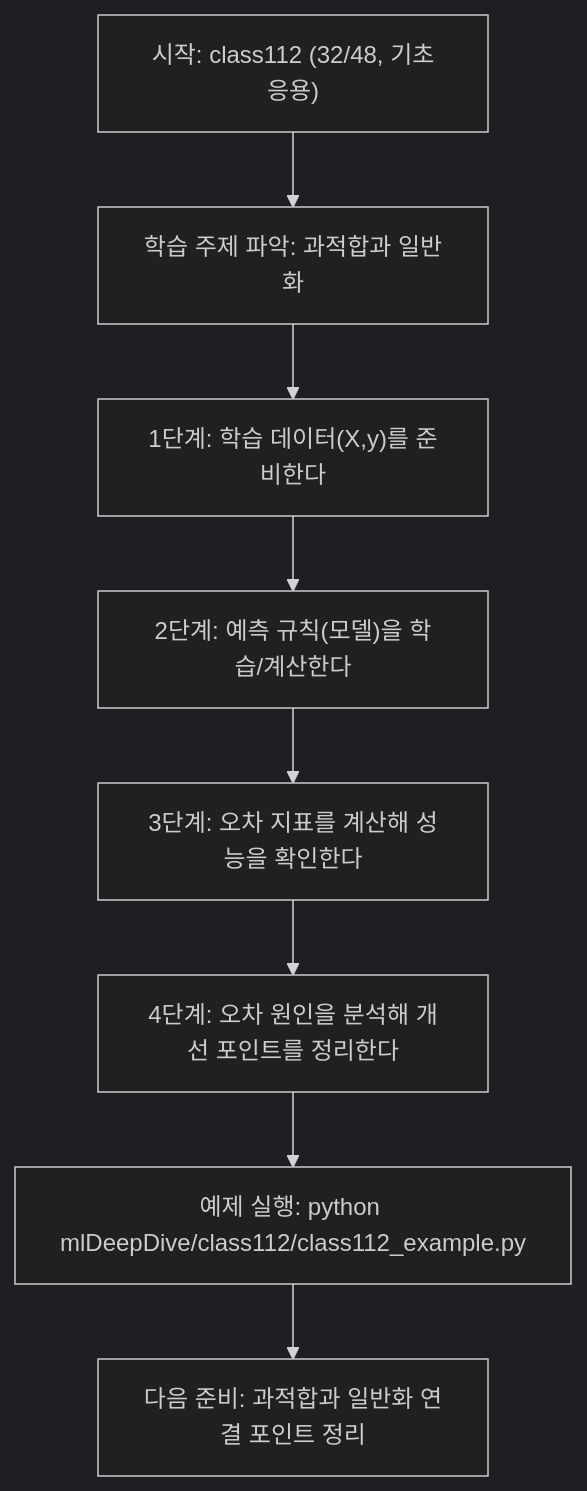
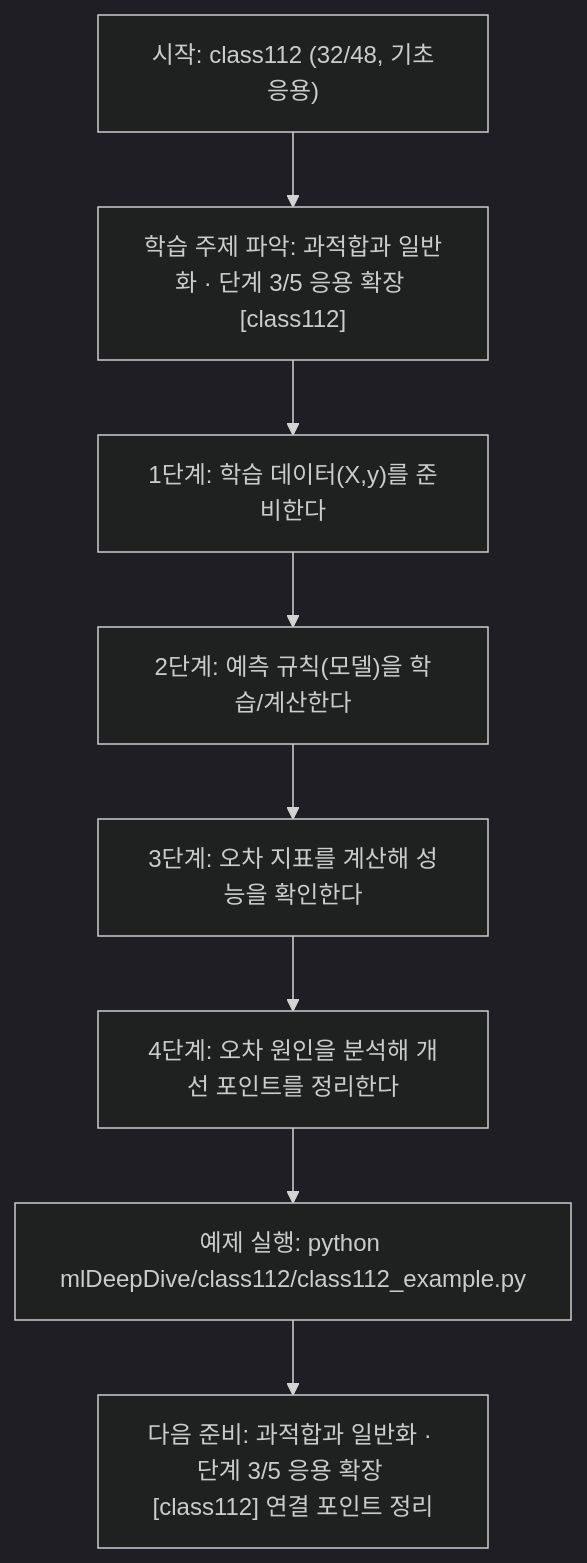
One commit to edumgt/Python-AI_Agent-Class changed the diagram in mlDeepDive/class112/class112.md. Above: the diagram before and after it, drawn with Mermaid (dark theme). The commit also changed other lines of this file and 522 other files, not shown here.

````diff
--- a/mlDeepDive/class112/class112.md
+++ b/mlDeepDive/class112/class112.md
@@ -108,18 +109,18 @@
 ```mermaid
 flowchart TD
 N1["시작: class112 (32/48, 기초응용)"]
-N2["학습 주제 파악: 과적합과 일반화"]
+N2["학습 주제 파악: 과적합과 일반화 · 단계 3/5 응용 확장 [class112]"]
 N3["1단계: 학습 데이터(X,y)를 준비한다"]
 N4["2단계: 예측 규칙(모델)을 학습/계산한다"]
 N5["3단계: 오차 지표를 계산해 성능을 확인한다"]
 N6["4단계: 오차 원인을 분석해 개선 포인트를 정리한다"]
 N7["예제 실행: python mlDeepDive/class112/class112_example.py"]
-N8["다음 준비: 과적합과 일반화 연결 포인트 정리"]
+N8["다음 준비: 과적합과 일반화 · 단계 3/5 응용 확장 [class112] 연결 포인트 정리"]
 N1 --> N2
 N2 --> N3
 N3 --> N4
 N4 --> N5
 N5 --> N6
 N6 --> N7
 N7 --> N8
 ```
````
